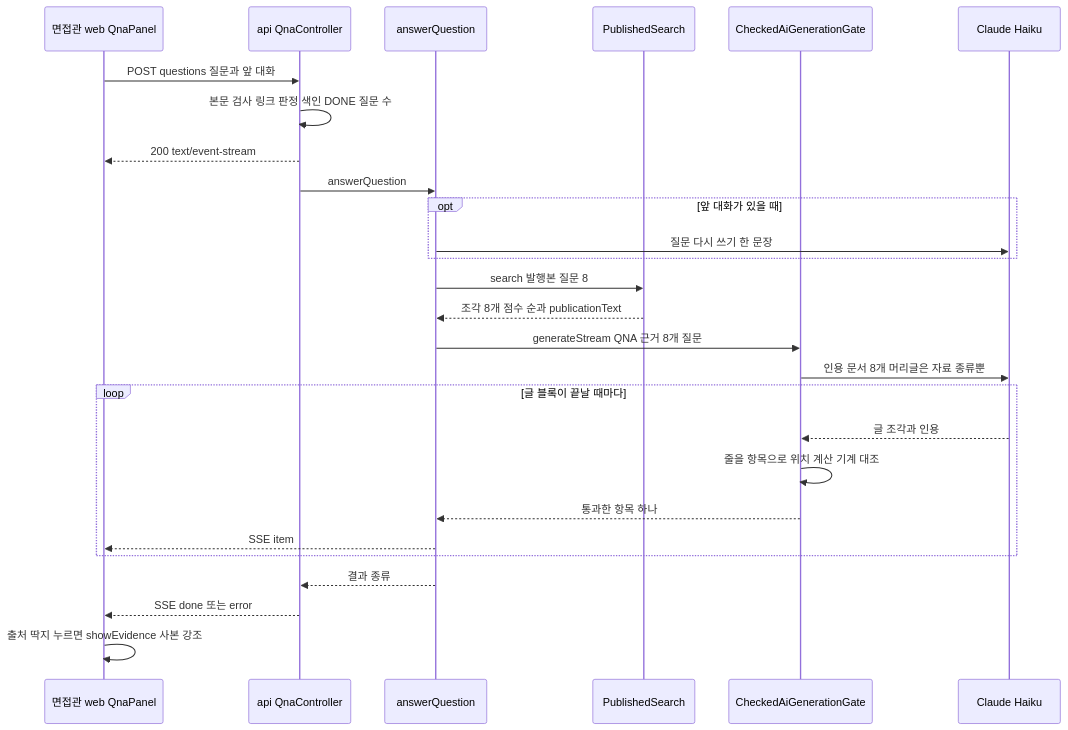
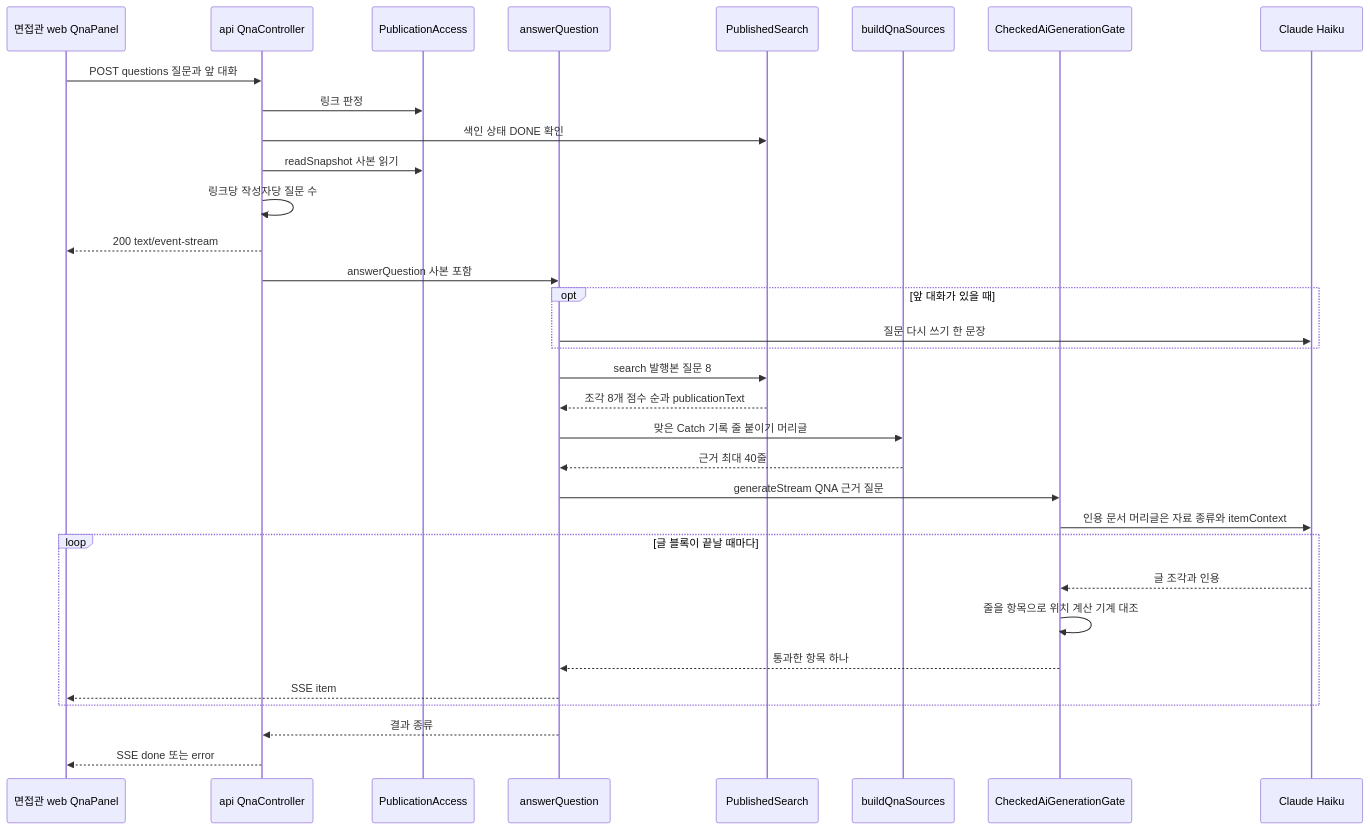
The fifth of 8 diagrams in aidlc/spaces/default/codekb/CatchU/architecture.md (JminAILab/CatchU), drawn with Mermaid before and after one commit. The commit also changed other lines of this file and 12 other files, not shown here.

````diff
--- a/aidlc/spaces/default/codekb/CatchU/architecture.md
+++ b/aidlc/spaces/default/codekb/CatchU/architecture.md
@@ -204,29 +241,35 @@
 ```mermaid
 sequenceDiagram
   participant Rec as 면접관 web QnaPanel
   participant Ctl as api QnaController
+  participant Acc as PublicationAccess
   participant Svc as answerQuestion
   participant Srch as PublishedSearch
+  participant Src as buildQnaSources
   participant Gate as CheckedAiGenerationGate
   participant CL as Claude Haiku
   Rec->>Ctl: POST questions 질문과 앞 대화
-  Ctl->>Ctl: 본문 검사 링크 판정 색인 DONE 질문 수
+  Ctl->>Acc: 링크 판정
+  Ctl->>Srch: 색인 상태 DONE 확인
+  Ctl->>Acc: readSnapshot 사본 읽기
+  Ctl->>Ctl: 링크당 작성자당 질문 수
   Ctl-->>Rec: 200 text/event-stream
-  Ctl->>Svc: answerQuestion
+  Ctl->>Svc: answerQuestion 사본 포함
   opt 앞 대화가 있을 때
     Svc->>CL: 질문 다시 쓰기 한 문장
   end
   Svc->>Srch: search 발행본 질문 8
   Srch-->>Svc: 조각 8개 점수 순과 publicationText
-  Svc->>Gate: generateStream QNA 근거 8개 질문
-  Gate->>CL: 인용 문서 8개 머리글은 자료 종류뿐
+  Svc->>Src: 맞은 Catch 기록 줄 붙이기 머리글
+  Src-->>Svc: 근거 최대 40줄
+  Svc->>Gate: generateStream QNA 근거 질문
+  Gate->>CL: 인용 문서 머리글은 자료 종류와 itemContext
   loop 글 블록이 끝날 때마다
     CL-->>Gate: 글 조각과 인용
     Gate->>Gate: 줄을 항목으로 위치 계산 기계 대조
     Gate-->>Svc: 통과한 항목 하나
     Svc-->>Rec: SSE item
   end
   Svc-->>Ctl: 결과 종류
   Ctl-->>Rec: SSE done 또는 error
-  Rec->>Rec: 출처 딱지 누르면 showEvidence 사본 강조
 ```
````
